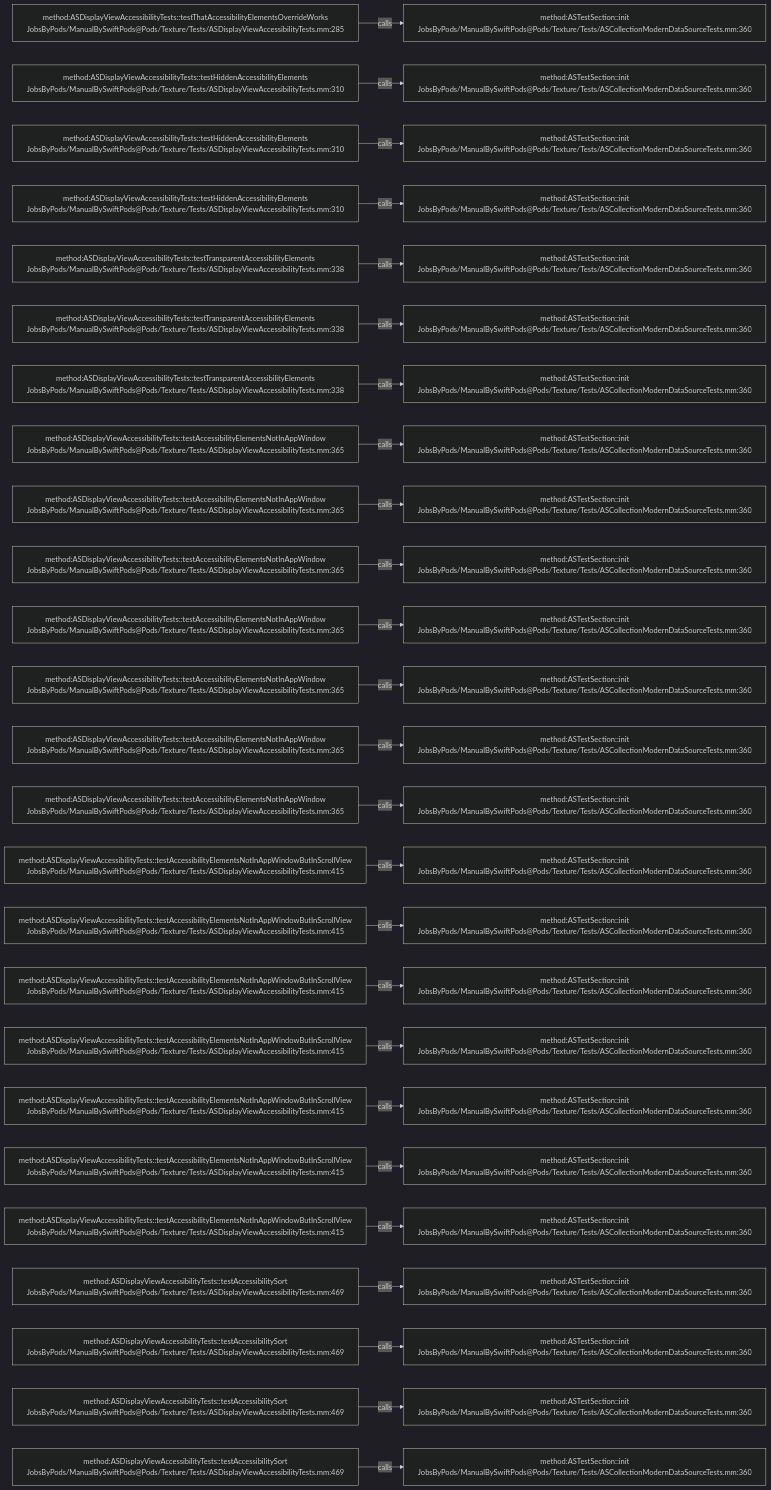
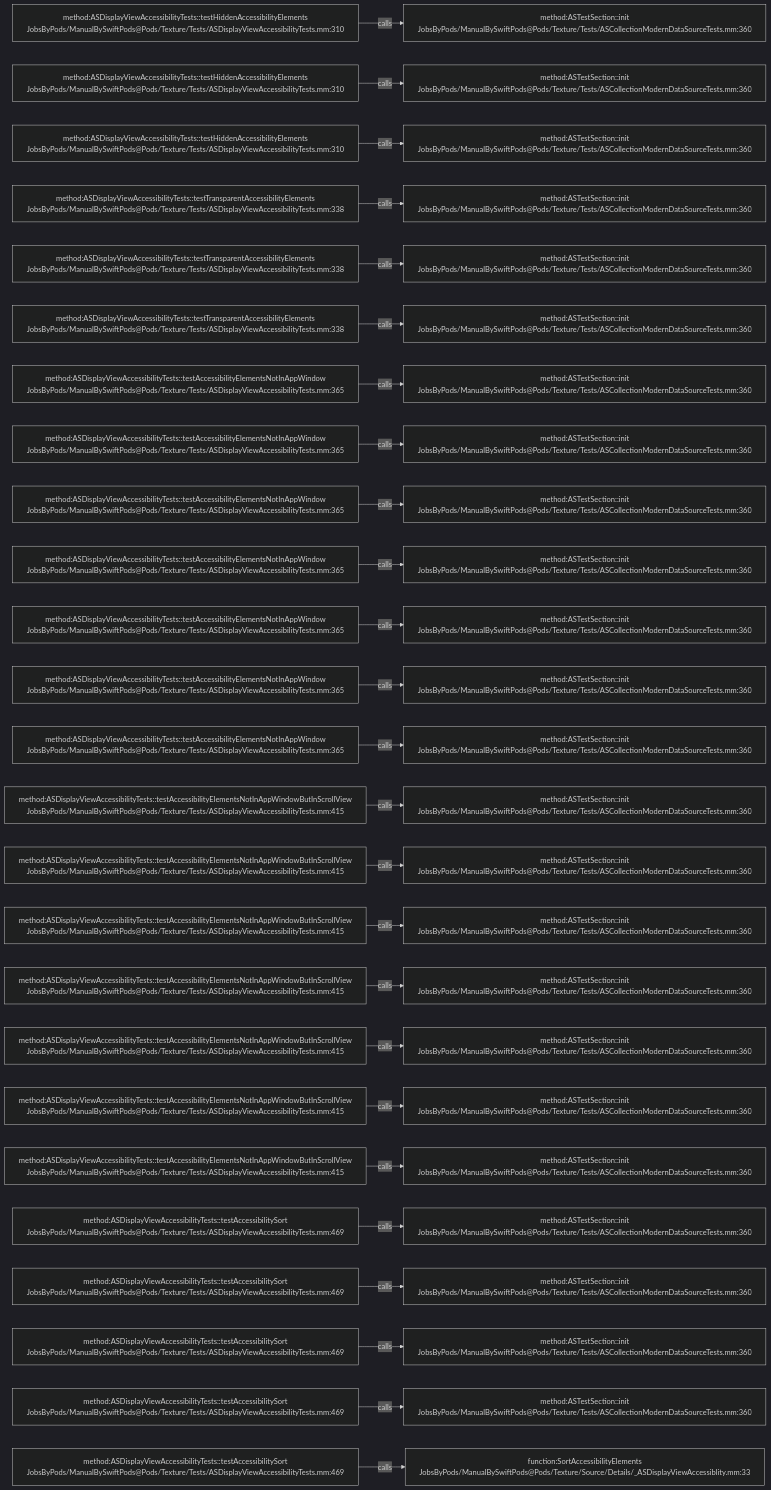
The diagram in .codegraph/codegraph.md/graphs/calls-199.md (JobsKits/JobsSwiftBaseConfigDemo), drawn with Mermaid (dark theme) before and after one commit. The commit also changed 747 other files, not shown here.

````diff
--- a/.codegraph/codegraph.md/graphs/calls-199.md
+++ b/.codegraph/codegraph.md/graphs/calls-199.md
@@ -13,78 +13,78 @@
 ```mermaid
 flowchart LR
-  S1["method:ASDisplayViewAccessibilityTests::testThatAccessibilityElementsOverrideWorks<br/>JobsByPods/ManualBySwiftPods@Pods/Texture/Tests/ASDisplayViewAccessibilityTests.mm:285"]
+  S1["method:ASDisplayViewAccessibilityTests::testHiddenAccessibilityElements<br/>JobsByPods/ManualBySwiftPods@Pods/Texture/Tests/ASDisplayViewAccessibilityTests.mm:310"]
   T1["method:ASTestSection::init<br/>JobsByPods/ManualBySwiftPods@Pods/Texture/Tests/ASCollectionModernDataSourceTests.mm:360"]
   S1 -->|calls| T1
   S2["method:ASDisplayViewAccessibilityTests::testHiddenAccessibilityElements<br/>JobsByPods/ManualBySwiftPods@Pods/Texture/Tests/ASDisplayViewAccessibilityTests.mm:310"]
   T2["method:ASTestSection::init<br/>JobsByPods/ManualBySwiftPods@Pods/Texture/Tests/ASCollectionModernDataSourceTests.mm:360"]
   S2 -->|calls| T2
   S3["method:ASDisplayViewAccessibilityTests::testHiddenAccessibilityElements<br/>JobsByPods/ManualBySwiftPods@Pods/Texture/Tests/ASDisplayViewAccessibilityTests.mm:310"]
   T3["method:ASTestSection::init<br/>JobsByPods/ManualBySwiftPods@Pods/Texture/Tests/ASCollectionModernDataSourceTests.mm:360"]
   S3 -->|calls| T3
-  S4["method:ASDisplayViewAccessibilityTests::testHiddenAccessibilityElements<br/>JobsByPods/ManualBySwiftPods@Pods/Texture/Tests/ASDisplayViewAccessibilityTests.mm:310"]
+  S4["method:ASDisplayViewAccessibilityTests::testTransparentAccessibilityElements<br/>JobsByPods/ManualBySwiftPods@Pods/Texture/Tests/ASDisplayViewAccessibilityTests.mm:338"]
   T4["method:ASTestSection::init<br/>JobsByPods/ManualBySwiftPods@Pods/Texture/Tests/ASCollectionModernDataSourceTests.mm:360"]
   S4 -->|calls| T4
   S5["method:ASDisplayViewAccessibilityTests::testTransparentAccessibilityElements<br/>JobsByPods/ManualBySwiftPods@Pods/Texture/Tests/ASDisplayViewAccessibilityTests.mm:338"]
   T5["method:ASTestSection::init<br/>JobsByPods/ManualBySwiftPods@Pods/Texture/Tests/ASCollectionModernDataSourceTests.mm:360"]
   S5 -->|calls| T5
   S6["method:ASDisplayViewAccessibilityTests::testTransparentAccessibilityElements<br/>JobsByPods/ManualBySwiftPods@Pods/Texture/Tests/ASDisplayViewAccessibilityTests.mm:338"]
   T6["method:ASTestSection::init<br/>JobsByPods/ManualBySwiftPods@Pods/Texture/Tests/ASCollectionModernDataSourceTests.mm:360"]
   S6 -->|calls| T6
-  S7["method:ASDisplayViewAccessibilityTests::testTransparentAccessibilityElements<br/>JobsByPods/ManualBySwiftPods@Pods/Texture/Tests/ASDisplayViewAccessibilityTests.mm:338"]
+  S7["method:ASDisplayViewAccessibilityTests::testAccessibilityElementsNotInAppWindow<br/>JobsByPods/ManualBySwiftPods@Pods/Texture/Tests/ASDisplayViewAccessibilityTests.mm:365"]
   T7["method:ASTestSection::init<br/>JobsByPods/ManualBySwiftPods@Pods/Texture/Tests/ASCollectionModernDataSourceTests.mm:360"]
   S7 -->|calls| T7
   S8["method:ASDisplayViewAccessibilityTests::testAccessibilityElementsNotInAppWindow<br/>JobsByPods/ManualBySwiftPods@Pods/Texture/Tests/ASDisplayViewAccessibilityTests.mm:365"]
   T8["method:ASTestSection::init<br/>JobsByPods/ManualBySwiftPods@Pods/Texture/Tests/ASCollectionModernDataSourceTests.mm:360"]
   S8 -->|calls| T8
   S9["method:ASDisplayViewAccessibilityTests::testAccessibilityElementsNotInAppWindow<br/>JobsByPods/ManualBySwiftPods@Pods/Texture/Tests/ASDisplayViewAccessibilityTests.mm:365"]
   T9["method:ASTestSection::init<br/>JobsByPods/ManualBySwiftPods@Pods/Texture/Tests/ASCollectionModernDataSourceTests.mm:360"]
   S9 -->|calls| T9
   S10["method:ASDisplayViewAccessibilityTests::testAccessibilityElementsNotInAppWindow<br/>JobsByPods/ManualBySwiftPods@Pods/Texture/Tests/ASDisplayViewAccessibilityTests.mm:365"]
   T10["method:ASTestSection::init<br/>JobsByPods/ManualBySwiftPods@Pods/Texture/Tests/ASCollectionModernDataSourceTests.mm:360"]
   S10 -->|calls| T10
   S11["method:ASDisplayViewAccessibilityTests::testAccessibilityElementsNotInAppWindow<br/>JobsByPods/ManualBySwiftPods@Pods/Texture/Tests/ASDisplayViewAccessibilityTests.mm:365"]
   T11["method:ASTestSection::init<br/>JobsByPods/ManualBySwiftPods@Pods/Texture/Tests/ASCollectionModernDataSourceTests.mm:360"]
   S11 -->|calls| T11
   S12["method:ASDisplayViewAccessibilityTests::testAccessibilityElementsNotInAppWindow<br/>JobsByPods/ManualBySwiftPods@Pods/Texture/Tests/ASDisplayViewAccessibilityTests.mm:365"]
   T12["method:ASTestSection::init<br/>JobsByPods/ManualBySwiftPods@Pods/Texture/Tests/ASCollectionModernDataSourceTests.mm:360"]
   S12 -->|calls| T12
   S13["method:ASDisplayViewAccessibilityTests::testAccessibilityElementsNotInAppWindow<br/>JobsByPods/ManualBySwiftPods@Pods/Texture/Tests/ASDisplayViewAccessibilityTests.mm:365"]
   T13["method:ASTestSection::init<br/>JobsByPods/ManualBySwiftPods@Pods/Texture/Tests/ASCollectionModernDataSourceTests.mm:360"]
   S13 -->|calls| T13
-  S14["method:ASDisplayViewAccessibilityTests::testAccessibilityElementsNotInAppWindow<br/>JobsByPods/ManualBySwiftPods@Pods/Texture/Tests/ASDisplayViewAccessibilityTests.mm:365"]
+  S14["method:ASDisplayViewAccessibilityTests::testAccessibilityElementsNotInAppWindowButInScrollView<br/>JobsByPods/ManualBySwiftPods@Pods/Texture/Tests/ASDisplayViewAccessibilityTests.mm:415"]
   T14["method:ASTestSection::init<br/>JobsByPods/ManualBySwiftPods@Pods/Texture/Tests/ASCollectionModernDataSourceTests.mm:360"]
   S14 -->|calls| T14
   S15["method:ASDisplayViewAccessibilityTests::testAccessibilityElementsNotInAppWindowButInScrollView<br/>JobsByPods/ManualBySwiftPods@Pods/Texture/Tests/ASDisplayViewAccessibilityTests.mm:415"]
   T15["method:ASTestSection::init<br/>JobsByPods/ManualBySwiftPods@Pods/Texture/Tests/ASCollectionModernDataSourceTests.mm:360"]
   S15 -->|calls| T15
   S16["method:ASDisplayViewAccessibilityTests::testAccessibilityElementsNotInAppWindowButInScrollView<br/>JobsByPods/ManualBySwiftPods@Pods/Texture/Tests/ASDisplayViewAccessibilityTests.mm:415"]
   T16["method:ASTestSection::init<br/>JobsByPods/ManualBySwiftPods@Pods/Texture/Tests/ASCollectionModernDataSourceTests.mm:360"]
   S16 -->|calls| T16
   S17["method:ASDisplayViewAccessibilityTests::testAccessibilityElementsNotInAppWindowButInScrollView<br/>JobsByPods/ManualBySwiftPods@Pods/Texture/Tests/ASDisplayViewAccessibilityTests.mm:415"]
   T17["method:ASTestSection::init<br/>JobsByPods/ManualBySwiftPods@Pods/Texture/Tests/ASCollectionModernDataSourceTests.mm:360"]
   S17 -->|calls| T17
   S18["method:ASDisplayViewAccessibilityTests::testAccessibilityElementsNotInAppWindowButInScrollView<br/>JobsByPods/ManualBySwiftPods@Pods/Texture/Tests/ASDisplayViewAccessibilityTests.mm:415"]
   T18["method:ASTestSection::init<br/>JobsByPods/ManualBySwiftPods@Pods/Texture/Tests/ASCollectionModernDataSourceTests.mm:360"]
   S18 -->|calls| T18
   S19["method:ASDisplayViewAccessibilityTests::testAccessibilityElementsNotInAppWindowButInScrollView<br/>JobsByPods/ManualBySwiftPods@Pods/Texture/Tests/ASDisplayViewAccessibilityTests.mm:415"]
   T19["method:ASTestSection::init<br/>JobsByPods/ManualBySwiftPods@Pods/Texture/Tests/ASCollectionModernDataSourceTests.mm:360"]
   S19 -->|calls| T19
   S20["method:ASDisplayViewAccessibilityTests::testAccessibilityElementsNotInAppWindowButInScrollView<br/>JobsByPods/ManualBySwiftPods@Pods/Texture/Tests/ASDisplayViewAccessibilityTests.mm:415"]
   T20["method:ASTestSection::init<br/>JobsByPods/ManualBySwiftPods@Pods/Texture/Tests/ASCollectionModernDataSourceTests.mm:360"]
   S20 -->|calls| T20
-  S21["method:ASDisplayViewAccessibilityTests::testAccessibilityElementsNotInAppWindowButInScrollView<br/>JobsByPods/ManualBySwiftPods@Pods/Texture/Tests/ASDisplayViewAccessibilityTests.mm:415"]
+  S21["method:ASDisplayViewAccessibilityTests::testAccessibilitySort<br/>JobsByPods/ManualBySwiftPods@Pods/Texture/Tests/ASDisplayViewAccessibilityTests.mm:469"]
   T21["method:ASTestSection::init<br/>JobsByPods/ManualBySwiftPods@Pods/Texture/Tests/ASCollectionModernDataSourceTests.mm:360"]
   S21 -->|calls| T21
   S22["method:ASDisplayViewAccessibilityTests::testAccessibilitySort<br/>JobsByPods/ManualBySwiftPods@Pods/Texture/Tests/ASDisplayViewAccessibilityTests.mm:469"]
   T22["method:ASTestSection::init<br/>JobsByPods/ManualBySwiftPods@Pods/Texture/Tests/ASCollectionModernDataSourceTests.mm:360"]
   S22 -->|calls| T22
   S23["method:ASDisplayViewAccessibilityTests::testAccessibilitySort<br/>JobsByPods/ManualBySwiftPods@Pods/Texture/Tests/ASDisplayViewAccessibilityTests.mm:469"]
   T23["method:ASTestSection::init<br/>JobsByPods/ManualBySwiftPods@Pods/Texture/Tests/ASCollectionModernDataSourceTests.mm:360"]
   S23 -->|calls| T23
   S24["method:ASDisplayViewAccessibilityTests::testAccessibilitySort<br/>JobsByPods/ManualBySwiftPods@Pods/Texture/Tests/ASDisplayViewAccessibilityTests.mm:469"]
   T24["method:ASTestSection::init<br/>JobsByPods/ManualBySwiftPods@Pods/Texture/Tests/ASCollectionModernDataSourceTests.mm:360"]
   S24 -->|calls| T24
   S25["method:ASDisplayViewAccessibilityTests::testAccessibilitySort<br/>JobsByPods/ManualBySwiftPods@Pods/Texture/Tests/ASDisplayViewAccessibilityTests.mm:469"]
-  T25["method:ASTestSection::init<br/>JobsByPods/ManualBySwiftPods@Pods/Texture/Tests/ASCollectionModernDataSourceTests.mm:360"]
+  T25["function:SortAccessibilityElements<br/>JobsByPods/ManualBySwiftPods@Pods/Texture/Source/Details/_ASDisplayViewAccessiblity.mm:33"]
   S25 -->|calls| T25
 ```
````
